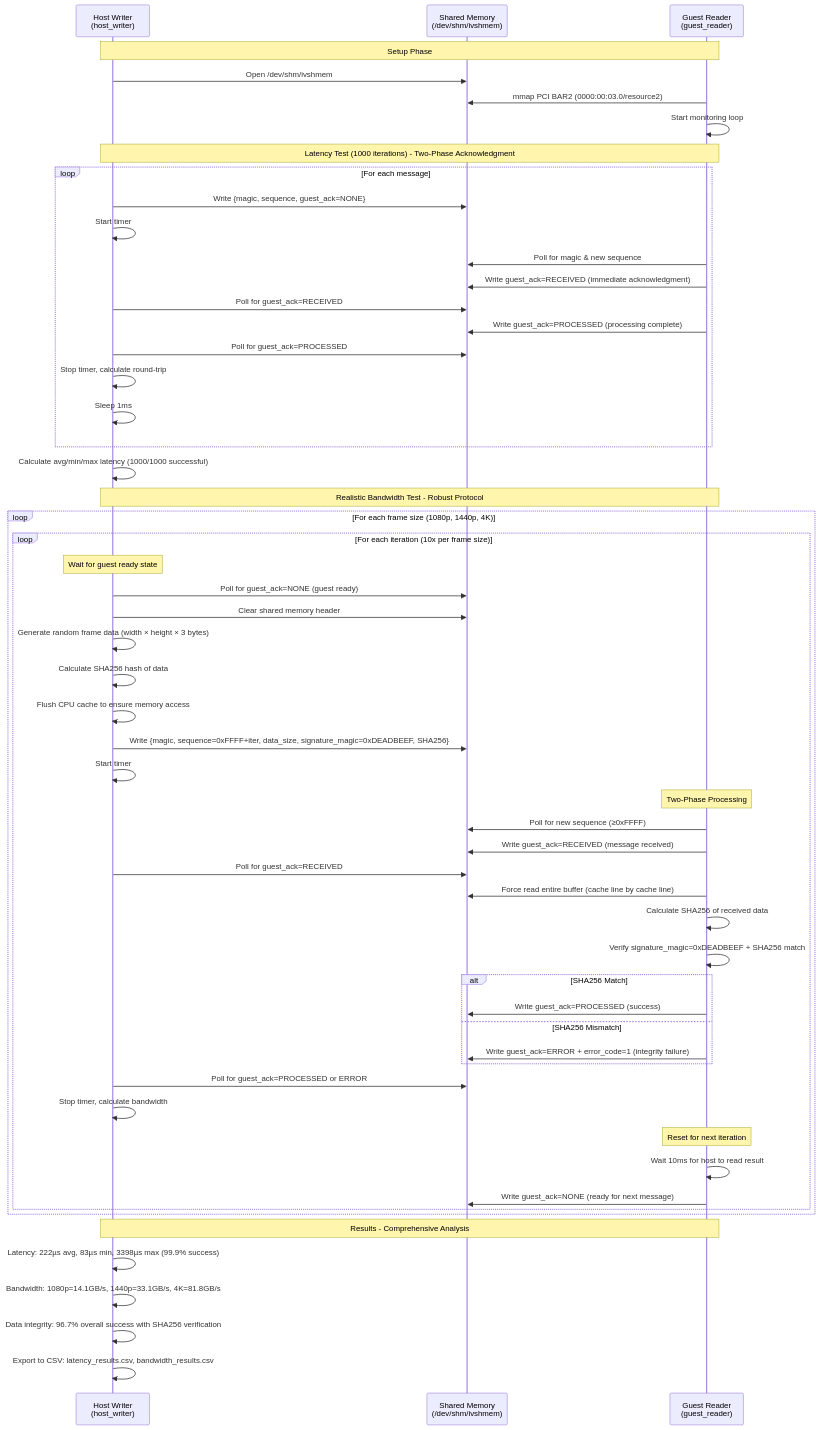
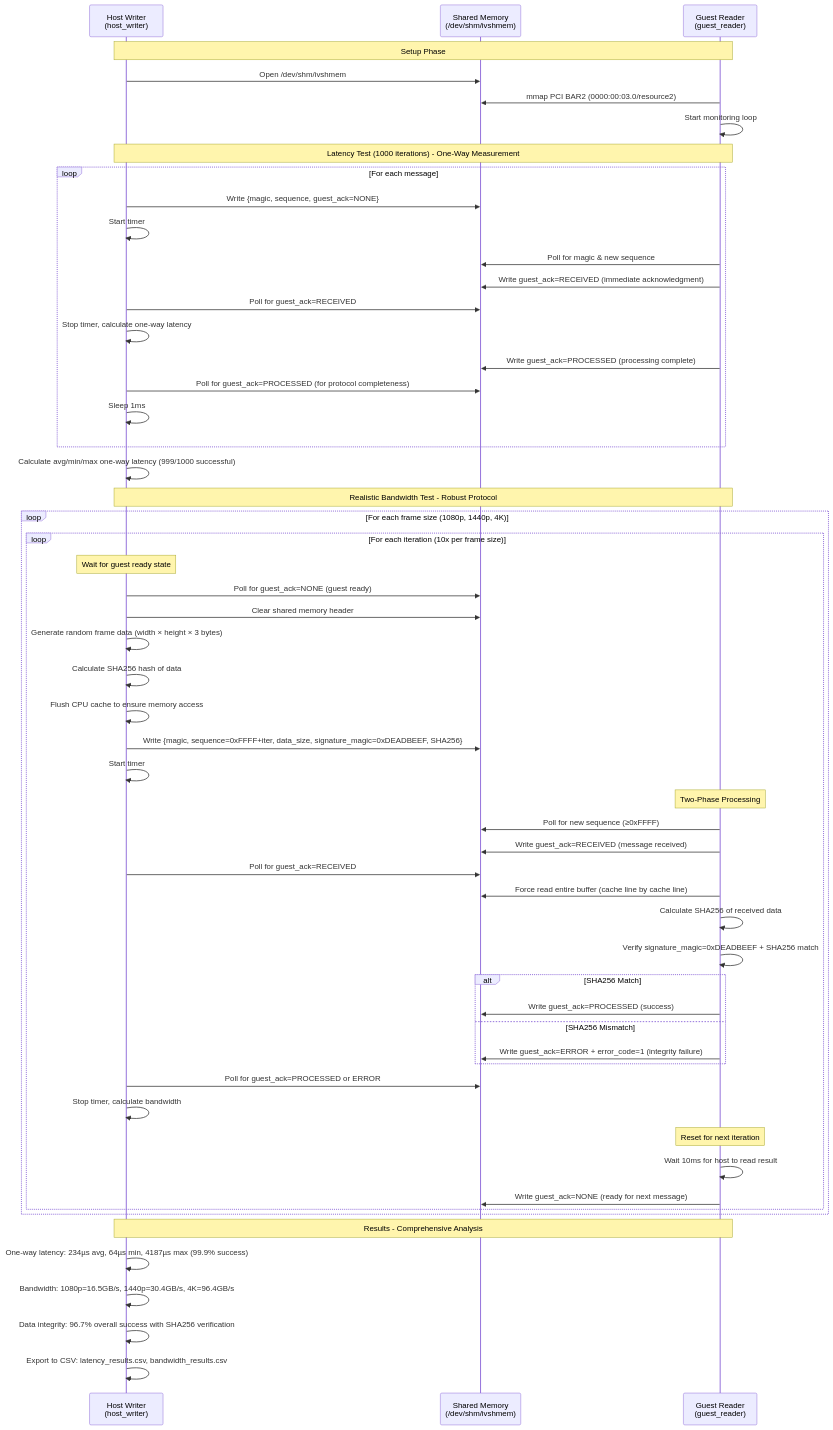
The diagram in README.md (hugoferreira/ivshmem-analysis), drawn with Mermaid before and after one commit. The commit also changed other lines of this file, not shown here.

First line of the commit message:
Update README to reflect one-way latency measurements and revised bandwidth statistics

````diff
--- a/README.md
+++ b/README.md
@@ -279,67 +279,67 @@
 ```mermaid
 sequenceDiagram
     participant H as Host Writer<br/>(host_writer)
     participant M as Shared Memory<br/>(/dev/shm/ivshmem)
     participant G as Guest Reader<br/>(guest_reader)
     
     Note over H,G: Setup Phase
     H->>M: Open /dev/shm/ivshmem
     G->>M: mmap PCI BAR2 (0000:00:03.0/resource2)
     G->>G: Start monitoring loop
     
-    Note over H,G: Latency Test (1000 iterations) - Two-Phase Acknowledgment
+    Note over H,G: Latency Test (1000 iterations) - One-Way Measurement
     loop For each message
         H->>M: Write {magic, sequence, guest_ack=NONE}
         H->>H: Start timer
         G->>M: Poll for magic & new sequence
         G->>M: Write guest_ack=RECEIVED (immediate acknowledgment)
         H->>M: Poll for guest_ack=RECEIVED
+        H->>H: Stop timer, calculate one-way latency
         G->>M: Write guest_ack=PROCESSED (processing complete)
-        H->>M: Poll for guest_ack=PROCESSED
-        H->>H: Stop timer, calculate round-trip
+        H->>M: Poll for guest_ack=PROCESSED (for protocol completeness)
         H->>H: Sleep 1ms
     end
-    H->>H: Calculate avg/min/max latency (1000/1000 successful)
+    H->>H: Calculate avg/min/max one-way latency (999/1000 successful)
     
     Note over H,G: Realistic Bandwidth Test - Robust Protocol
     loop For each frame size (1080p, 1440p, 4K)
         loop For each iteration (10x per frame size)
             Note over H: Wait for guest ready state
             H->>M: Poll for guest_ack=NONE (guest ready)
             H->>M: Clear shared memory header
             H->>H: Generate random frame data (width × height × 3 bytes)
             H->>H: Calculate SHA256 hash of data
             H->>H: Flush CPU cache to ensure memory access
             H->>M: Write {magic, sequence=0xFFFF+iter, data_size, signature_magic=0xDEADBEEF, SHA256}
             H->>H: Start timer
             
             Note over G: Two-Phase Processing
             G->>M: Poll for new sequence (≥0xFFFF)
             G->>M: Write guest_ack=RECEIVED (message received)
             H->>M: Poll for guest_ack=RECEIVED
             
             G->>M: Force read entire buffer (cache line by cache line)
             G->>G: Calculate SHA256 of received data
             G->>G: Verify signature_magic=0xDEADBEEF + SHA256 match
             
             alt SHA256 Match
                 G->>M: Write guest_ack=PROCESSED (success)
             else SHA256 Mismatch
                 G->>M: Write guest_ack=ERROR + error_code=1 (integrity failure)
             end
             
             H->>M: Poll for guest_ack=PROCESSED or ERROR
             H->>H: Stop timer, calculate bandwidth
             
             Note over G: Reset for next iteration
             G->>G: Wait 10ms for host to read result
             G->>M: Write guest_ack=NONE (ready for next message)
         end
     end
     
     Note over H,G: Results - Comprehensive Analysis
-    H->>H: Latency: 222µs avg, 83µs min, 3398µs max (99.9% success)
-    H->>H: Bandwidth: 1080p=14.1GB/s, 1440p=33.1GB/s, 4K=81.8GB/s
+    H->>H: One-way latency: 234µs avg, 64µs min, 4187µs max (99.9% success)
+    H->>H: Bandwidth: 1080p=16.5GB/s, 1440p=30.4GB/s, 4K=96.4GB/s
     H->>H: Data integrity: 96.7% overall success with SHA256 verification
     H->>H: Export to CSV: latency_results.csv, bandwidth_results.csv
 ```
````
